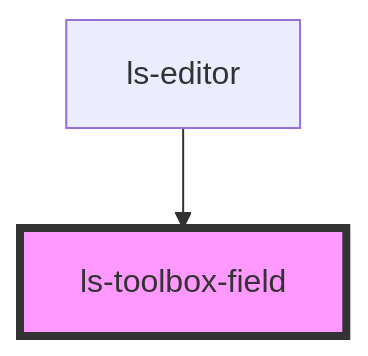
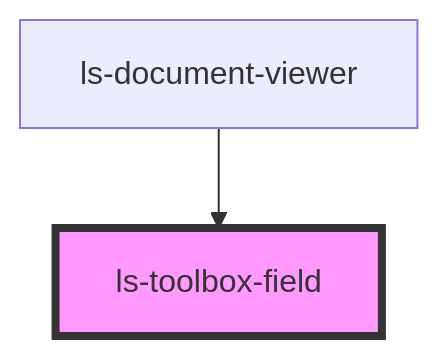
Before and after one commit to legalesign/ls-document-viewer: the diagram in src/components/ls-toolbox-field/readme.md, drawn with Mermaid. The commit also changed other lines of this file and 37 other files, not shown here.

````diff
--- a/src/components/ls-toolbox-field/readme.md
+++ b/src/components/ls-toolbox-field/readme.md
@@ -27,5 +27,5 @@
 ```mermaid
 graph TD;
-  ls-editor --> ls-toolbox-field
+  ls-document-viewer --> ls-toolbox-field
   style ls-toolbox-field fill:#f9f,stroke:#333,stroke-width:4px
 ```
````
